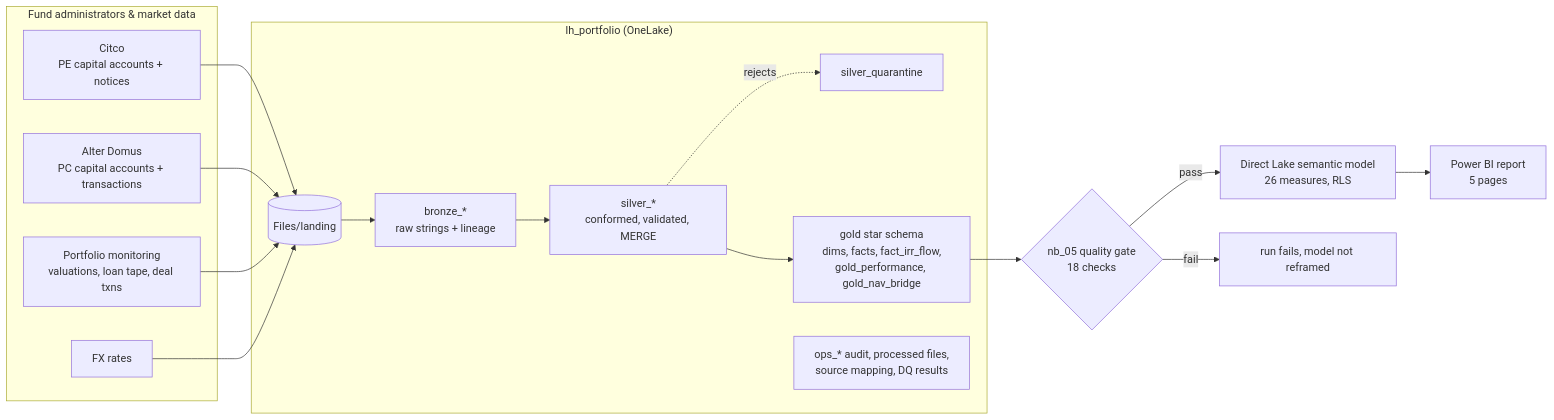
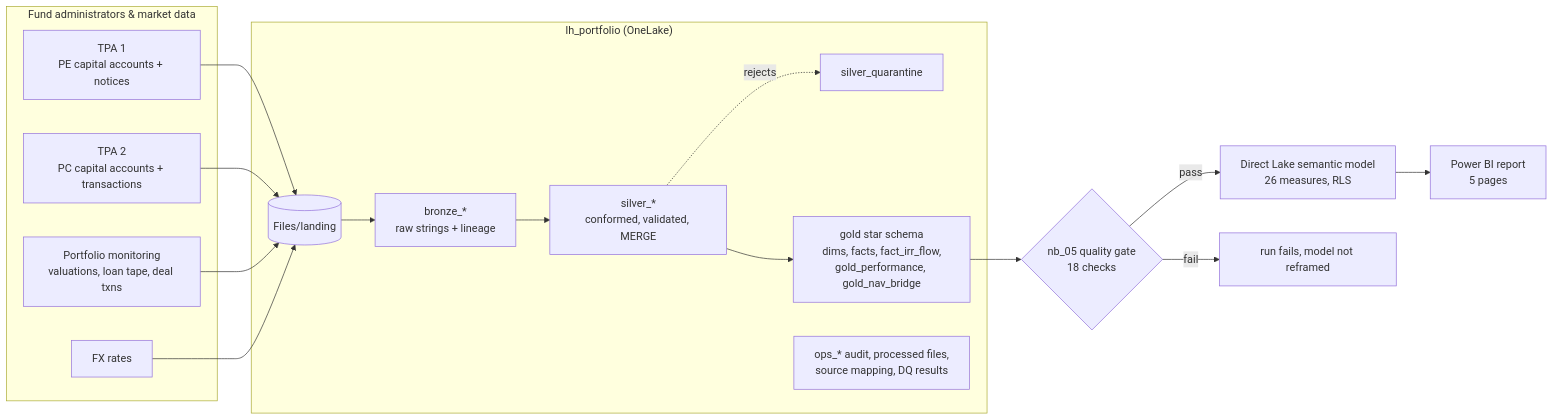
One commit to shakeelMemon/fabric-portfolio-performance changed the diagram in README.md. Above: the diagram before and after it, drawn with Mermaid. The commit also changed other lines of this file and 10 other files, not shown here.

Commit message:
Rename fund administrators to TPA 1 / TPA 2; add architecture diagram

````diff
--- a/README.md
+++ b/README.md
@@ -11,22 +13,22 @@
 ```mermaid
 flowchart LR
   subgraph Sources["Fund administrators & market data"]
-    C[Citco<br/>PE capital accounts + notices]
-    A[Alter Domus<br/>PC capital accounts + transactions]
+    C[TPA 1<br/>PE capital accounts + notices]
+    A[TPA 2<br/>PC capital accounts + transactions]
     P[Portfolio monitoring<br/>valuations, loan tape, deal txns]
     X[FX rates]
   end
   subgraph LH["lh_portfolio (OneLake)"]
     L[(Files/landing)]
     B[bronze_*<br/>raw strings + lineage]
     S[silver_*<br/>conformed, validated, MERGE]
     Q[silver_quarantine]
     G[gold star schema<br/>dims, facts, fact_irr_flow,<br/>gold_performance, gold_nav_bridge]
     O[ops_* audit, processed files,<br/>source mapping, DQ results]
   end
   C & A & P & X --> L --> B --> S --> G
   S -. rejects .-> Q
   G --> DQ{nb_05 quality gate<br/>18 checks}
   DQ -- pass --> SM[Direct Lake semantic model<br/>26 measures, RLS] --> R[Power BI report<br/>5 pages]
   DQ -- fail --> STOP[run fails, model not reframed]
 ```
````
